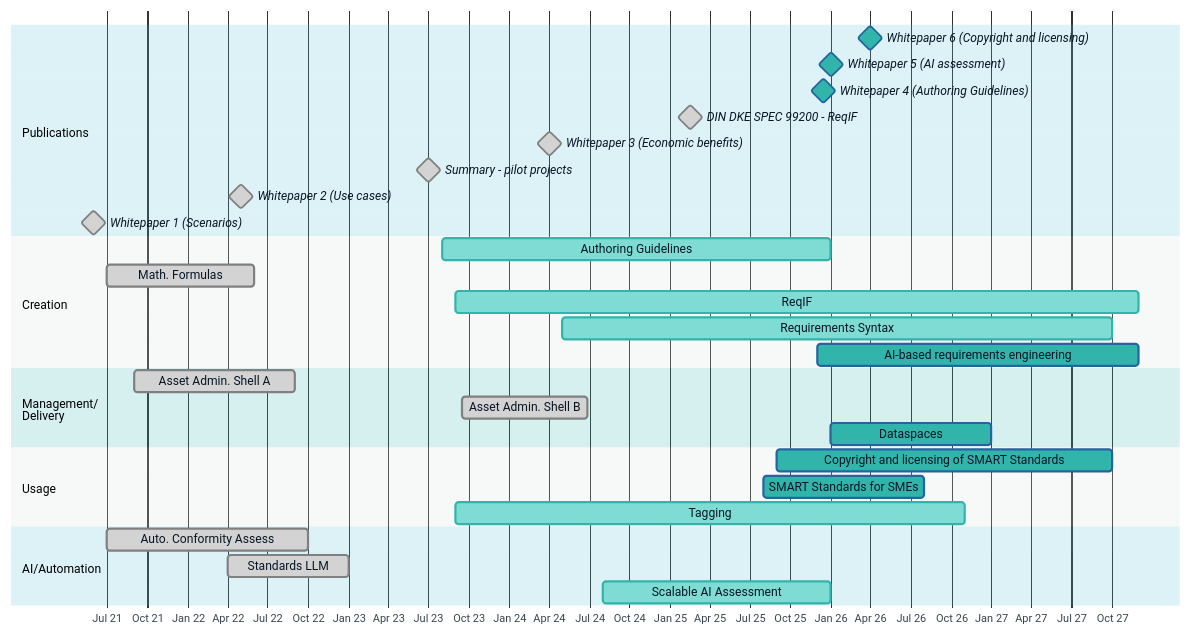
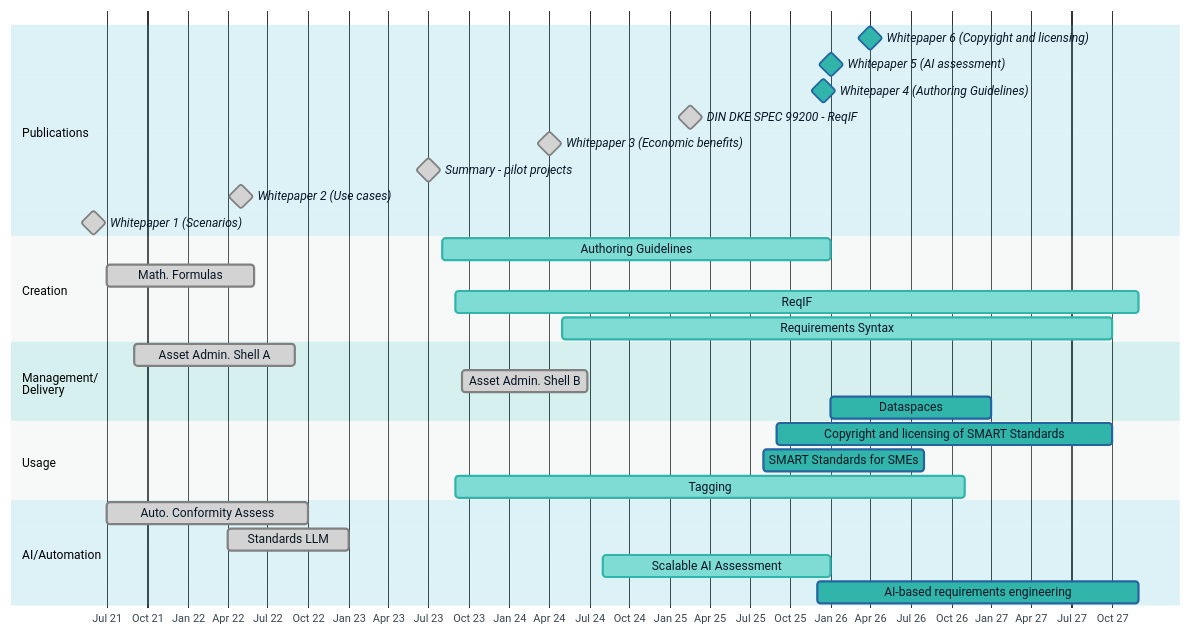
Before and after one commit to DIN-DKE/DKE_0001__SMART_Standards_Roadmap: the diagram in idis-roadmap.md, drawn with Mermaid.

Commit message:
Roadmap - moved AIRE to AI section

````diff
--- a/idis-roadmap.md
+++ b/idis-roadmap.md
@@ -5,57 +5,57 @@
 ```mermaid
 
 %%{
   init: {
     'theme': 'base',
     'themeVariables': {
       'fontFamily': 'Noto Sans, Arial, Sans-Serif',
       'primaryColor': '#31b4aa',
       'primaryTextColor': '#071625',
       'primaryBorderColor': '#2564a1',
       'lineColor': '#d5dddc',
       'secondaryColor': '#3a8dcb',
       'tertiaryColor': '#fff',
       'sectionBkgColor': '#52bdd7',
       'altSectionBkgColor': '#d5dddc'
     }
   }
 }%%
 
 gantt
     dateFormat  YYYY-MM-DD
     %% title       IDiS Roadmap
     tickInterval 3month
     axisFormat %b %y
 
     section Publications
     Whitepaper 6 (Copyright and licensing) : milestone, 2026-03-31, 1d
     Whitepaper 5 (AI assessment)       : milestone, 2026-01-01, 1d
     Whitepaper 4 (Authoring Guidelines)         : milestone, 2025-12-15, 1d
     DIN DKE SPEC 99200 - ReqIF             : milestone, done, 2025-02-15, 1d
     Whitepaper 3 (Economic benefits)           : milestone, done, 2024-04-01, 1d
     Summary - pilot projects           : milestone, done, 2023-07-01, 1d
     Whitepaper 2 (Use cases)           : milestone, done, 2022-05-01, 1d
     Whitepaper 1 (Scenarios)           : milestone, done, 2021-06-01, 1d
 
     section Creation
     Authoring Guidelines    : active, 2023-08-01, 2025-12-31
     Math. Formulas         : done, 2021-07-01, 2022-06-01
     ReqIF                  : active, 2023-08-31, 2027-12-01
     Requirements Syntax              : active, 2024-05-01, 2027-10-01
-    AI-based requirements engineering :  2025-12-01, 2027-12-01
 
     section Management/<br />Delivery
     Asset Admin. Shell A   : done, 2021-09-01, 2022-09-01
     Asset Admin. Shell B   : done, 2023-09-15, 2024-06-26
     Dataspaces             : 2026-01-01, 2027-01-01
 
     section Usage
     Copyright and licensing of SMART Standards : 2025-09-01, 2027-10-01
     SMART Standards for SMEs : 2025-08-01, 2026-08-01
     Tagging : active, 2023-09-01, 2026-11-01
 
     section AI/Automation
     Auto. Conformity Assess: done, 2021-07-01, 2022-10-01
     Standards LLM          : done, 2022-04-01, 2023-01-01
-    Scalable AI Assessment : active, 2024-08-01, 2025-12-31 
+    Scalable AI Assessment : active, 2024-08-01, 2025-12-31
+    AI-based requirements engineering :  2025-12-01, 2027-12-01
 ```
````
